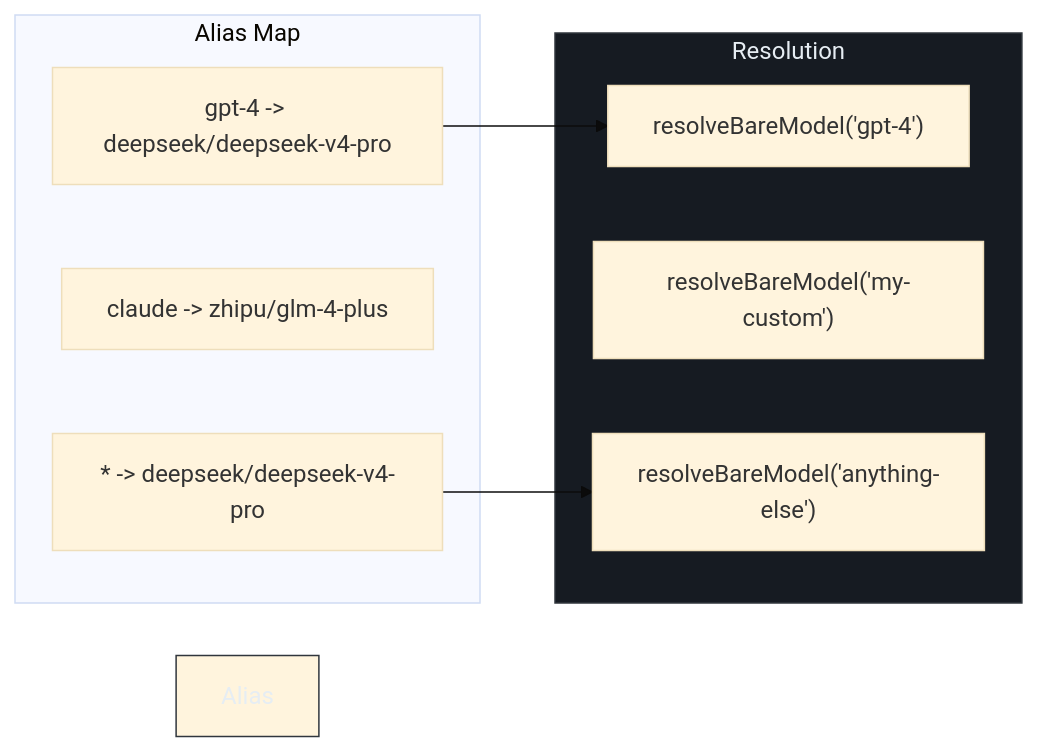
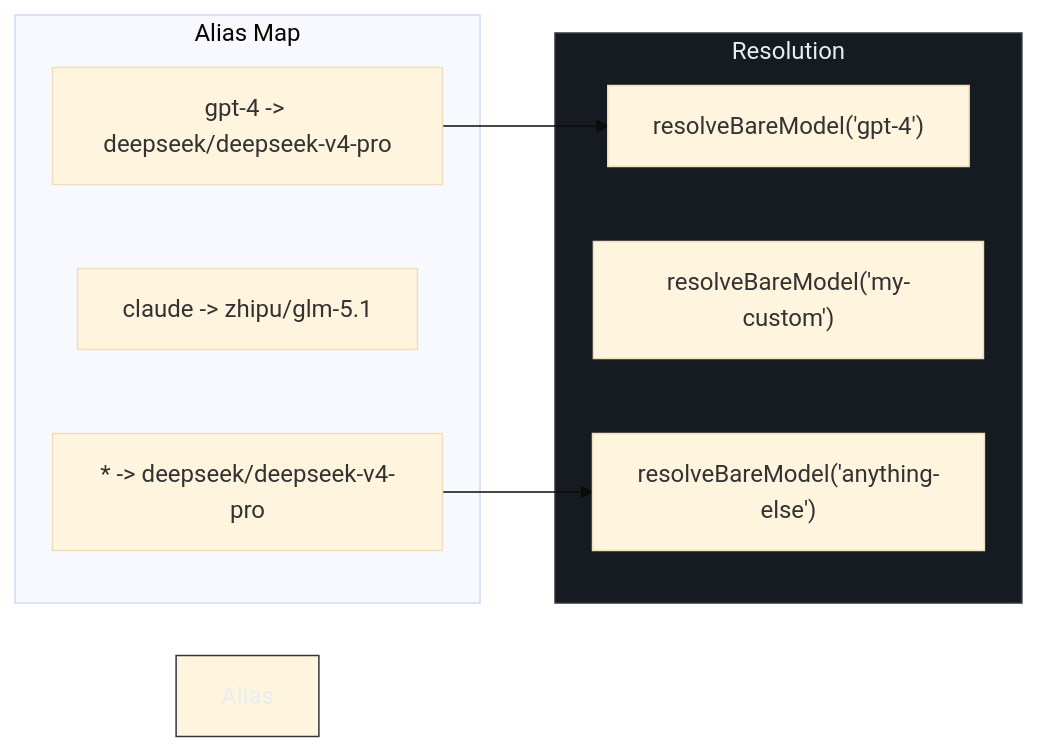
The second of 3 diagrams in wiki/02-architecture/model-resolution.md (zamelee/GodeX), drawn with Mermaid (base theme) before and after one commit. The commit also changed other lines of this file and 18 other files, not shown here.

````diff
--- a/wiki/02-architecture/model-resolution.md
+++ b/wiki/02-architecture/model-resolution.md
@@ -78,17 +78,17 @@
 ```mermaid
 graph LR
     subgraph Alias Map
         style Alias Map fill:#161b22,stroke:#30363d,color:#e6edf3
         A1["gpt-4 -> deepseek/deepseek-v4-pro"]
-        A2["claude -> zhipu/glm-4-plus"]
+        A2["claude -> zhipu/glm-5.1"]
         A3["* -> deepseek/deepseek-v4-pro"]
     end
     subgraph Resolution
         style Resolution fill:#161b22,stroke:#30363d,color:#e6edf3
         R1["resolveBareModel('gpt-4')"]
         R2["resolveBareModel('my-custom')"]
         R3["resolveBareModel('anything-else')"]
     end
     A1 --> R1
     A3 --> R3
 ```
````
